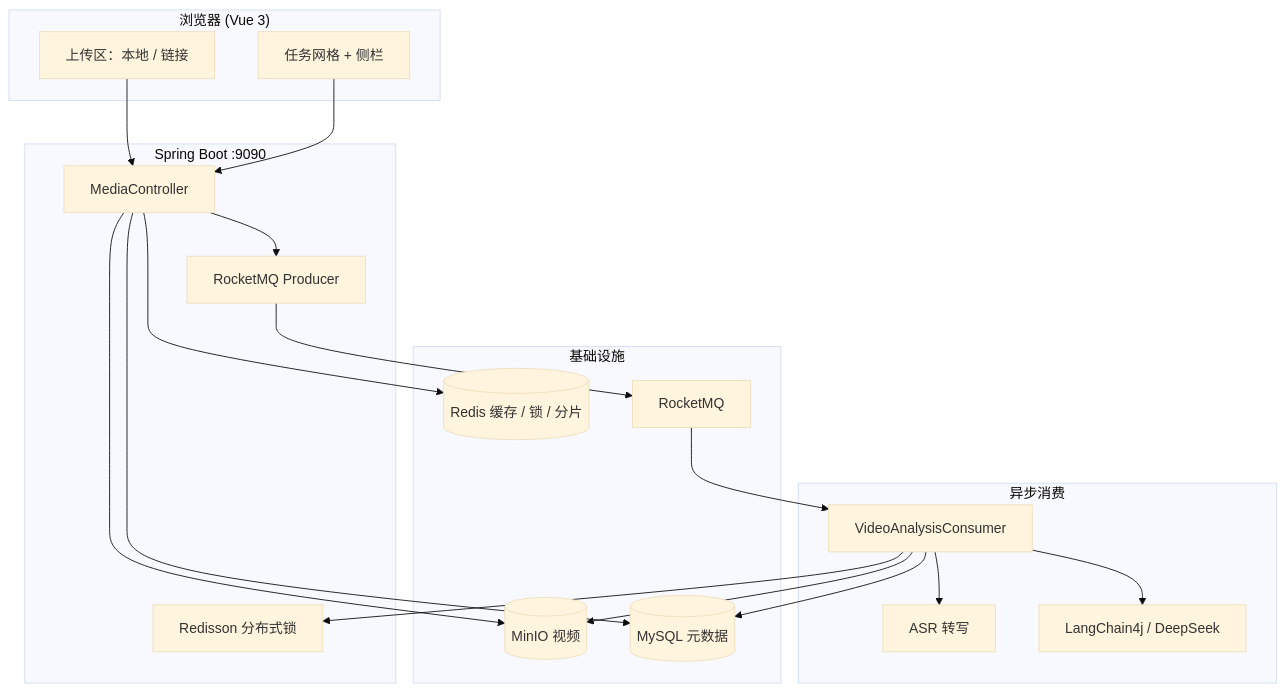
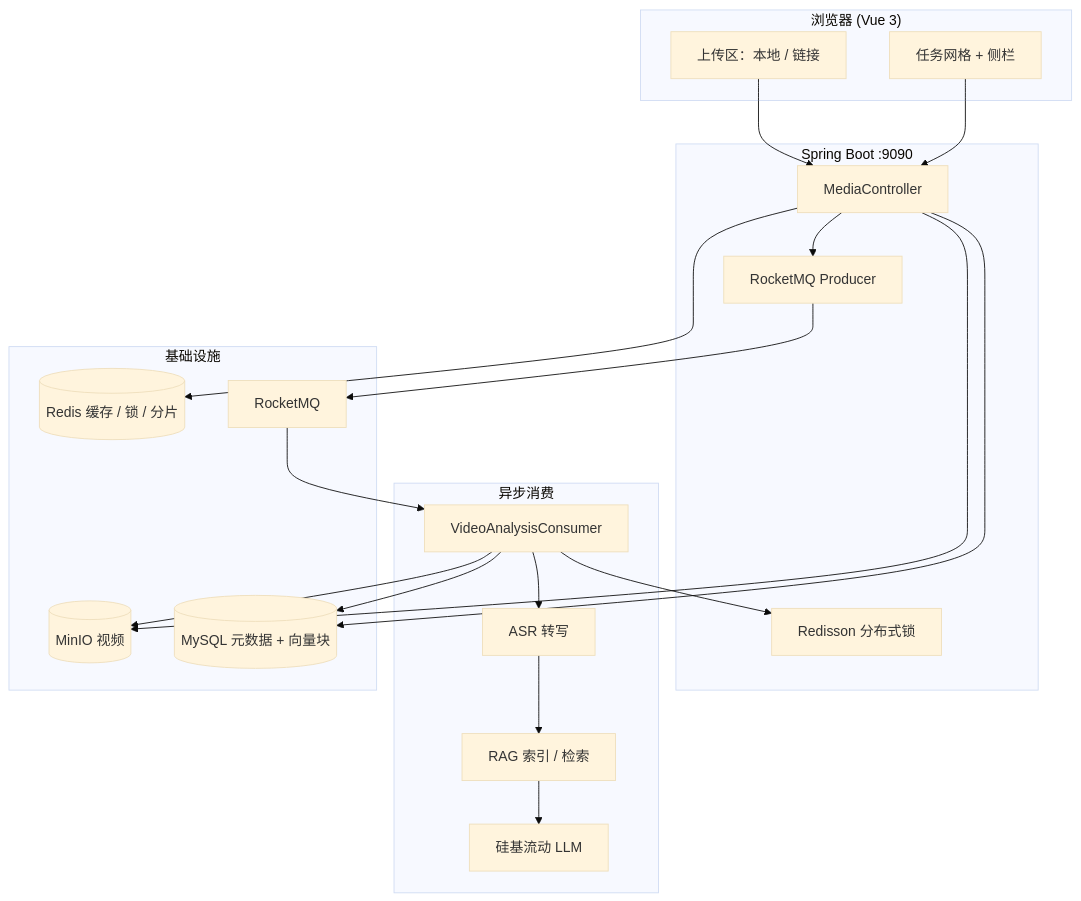
Before and after one commit to Yongxincc/MindVideo-AISum: the diagram in README.md, drawn with Mermaid (base theme). The commit also changed other lines of this file and 52 other files, not shown here.

````diff
--- a/README.md
+++ b/README.md
@@ -104,40 +104,42 @@
 ```mermaid
 flowchart TB
   subgraph Client["浏览器 (Vue 3)"]
     U[上传区：本地 / 链接]
     G[任务网格 + 侧栏]
   end
 
   subgraph API["Spring Boot :9090"]
     C[MediaController]
     Q[RocketMQ Producer]
     L[Redisson 分布式锁]
   end
 
   subgraph Async["异步消费"]
     M[VideoAnalysisConsumer]
     ASR[ASR 转写]
-    AI[LangChain4j / DeepSeek]
+    RAG[RAG 索引 / 检索]
+    LLM[硅基流动 LLM]
   end
 
   subgraph Storage["基础设施"]
     MINIO[(MinIO 视频)]
-    MYSQL[(MySQL 元数据)]
+    MYSQL[(MySQL 元数据 + 向量块)]
     REDIS[(Redis 缓存 / 锁 / 分片)]
     RMQ[RocketMQ]
   end
 
   U --> C
   G --> C
   C --> MINIO
   C --> Q
   Q --> RMQ
   RMQ --> M
   M --> L
   M --> ASR
-  M --> AI
+  ASR --> RAG
+  RAG --> LLM
   C --> REDIS
   C --> MYSQL
   M --> MYSQL
   M --> MINIO
 ```
````
